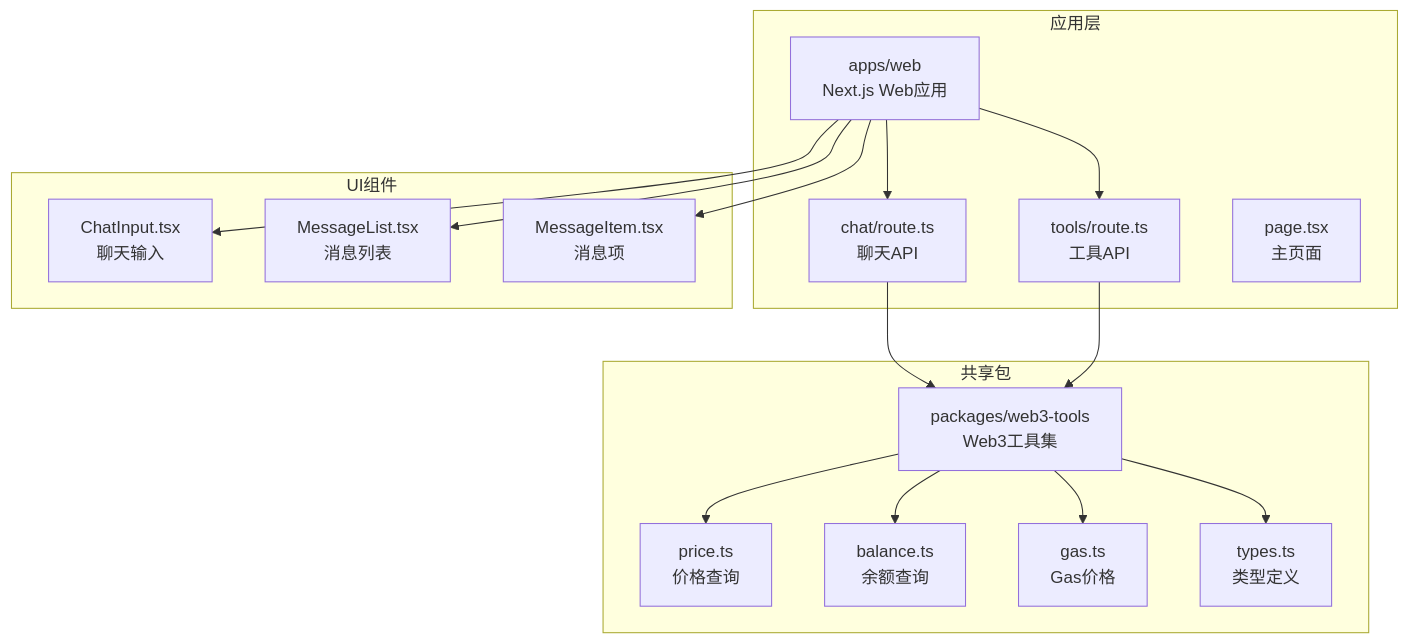
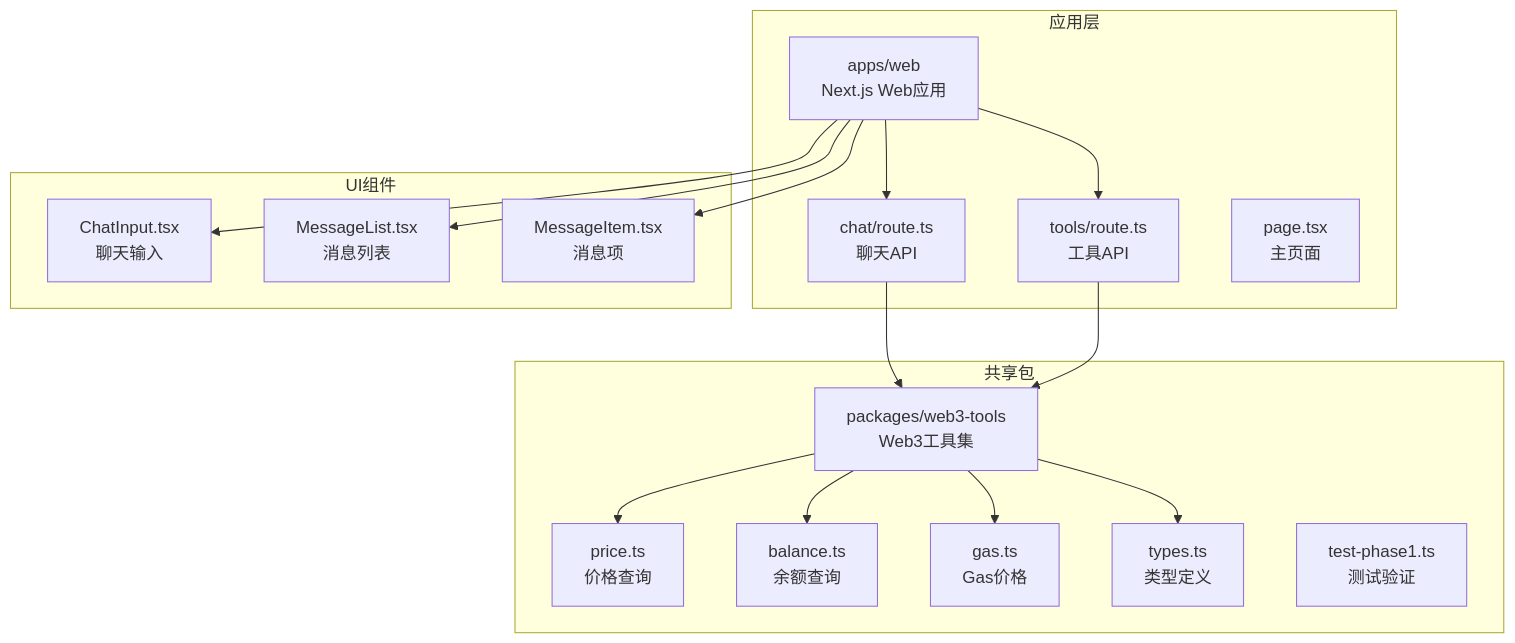
The first of 12 diagrams in .qoder/repowiki/zh/content/Web3工具集成/核心Web3工具实现/BTC价格查询工具.md (CryptoLinxu/Web3-AI-Agent), drawn with Mermaid before and after one commit. The commit also changed other lines of this file and 9 other files, not shown here.

````diff
--- a/.qoder/repowiki/zh/content/Web3工具集成/核心Web3工具实现/BTC价格查询工具.md
+++ b/.qoder/repowiki/zh/content/Web3工具集成/核心Web3工具实现/BTC价格查询工具.md
@@ -43,32 +53,33 @@
 ```mermaid
 graph TB
 subgraph "应用层"
 WEB[apps/web<br/>Next.js Web应用]
 CHAT[chat/route.ts<br/>聊天API]
 TOOL[tools/route.ts<br/>工具API]
 PAGE[page.tsx<br/>主页面]
 end
 subgraph "共享包"
 TOOLS[packages/web3-tools<br/>Web3工具集]
 PRICE[price.ts<br/>价格查询]
 BALANCE[balance.ts<br/>余额查询]
 GAS[gas.ts<br/>Gas价格]
 TYPES[types.ts<br/>类型定义]
+TEST[test-phase1.ts<br/>测试验证]
 end
 subgraph "UI组件"
 INPUT[ChatInput.tsx<br/>聊天输入]
 LIST[MessageList.tsx<br/>消息列表]
 ITEM[MessageItem.tsx<br/>消息项]
 end
 WEB --> CHAT
 WEB --> TOOL
 WEB --> INPUT
 WEB --> LIST
 WEB --> ITEM
 CHAT --> TOOLS
 TOOL --> TOOLS
 TOOLS --> PRICE
 TOOLS --> BALANCE
 TOOLS --> GAS
 TOOLS --> TYPES
 ```
````
